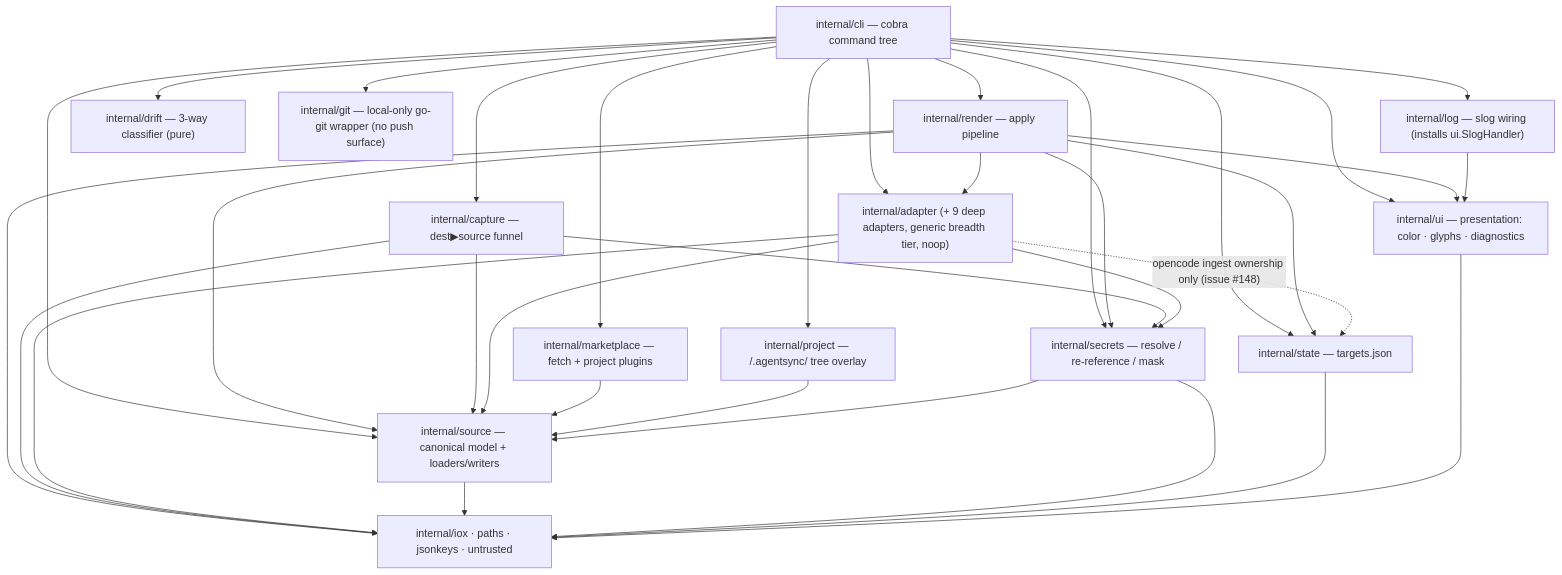
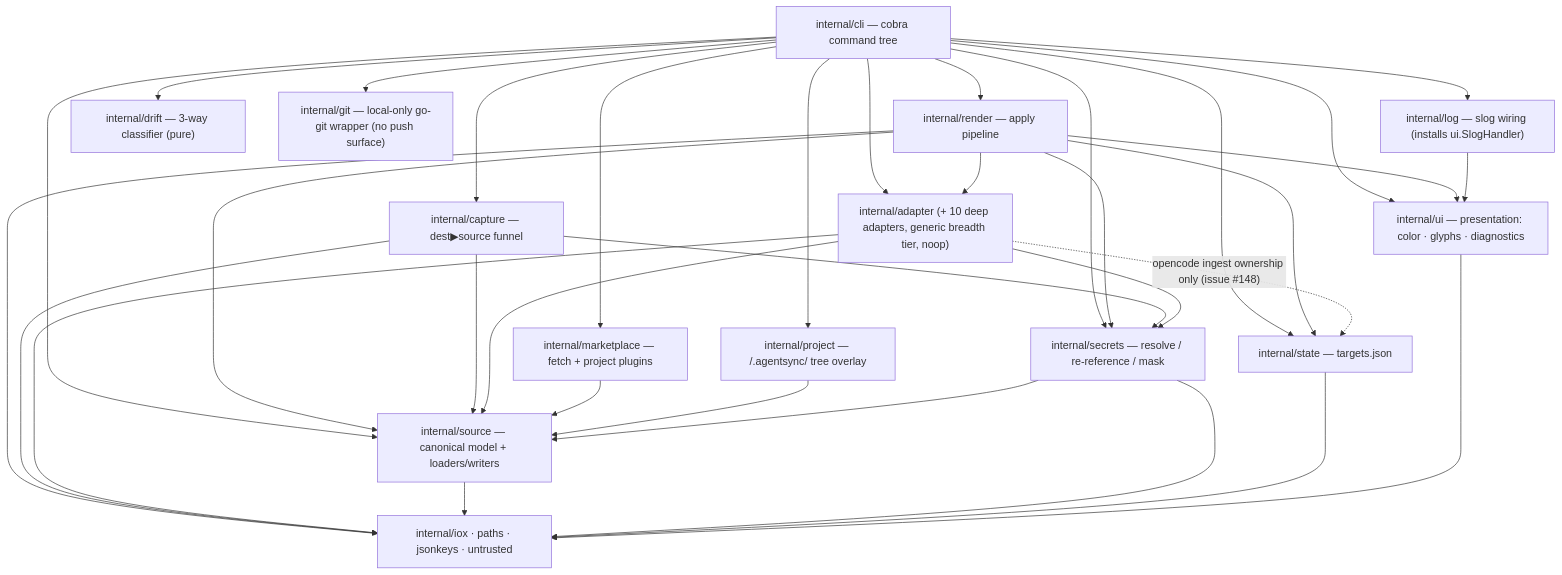
One commit to spxrogers/agentsync changed the fourth of 4 diagrams in docs/architecture.md. Above: the diagram before and after it, drawn with Mermaid. The commit also changed other lines of this file and 33 other files, not shown here.

````diff
--- a/docs/architecture.md
+++ b/docs/architecture.md
@@ -1444,30 +1453,30 @@
 ```mermaid
 flowchart TD
     CLI["internal/cli — cobra command tree"]
     REN["internal/render — apply pipeline"]
     CAP["internal/capture — dest▶source funnel"]
-    AD["internal/adapter (+ 9 deep adapters, generic breadth tier, noop)"]
+    AD["internal/adapter (+ 10 deep adapters, generic breadth tier, noop)"]
     SRC["internal/source — canonical model + loaders/writers"]
     SEC["internal/secrets — resolve / re-reference / mask"]
     MKT["internal/marketplace — fetch + project plugins"]
     PRJ["internal/project — <root>/.agentsync/ tree overlay"]
     DRF["internal/drift — 3-way classifier (pure)"]
     ST["internal/state — targets.json"]
     GIT["internal/git — local-only go-git wrapper (no push surface)"]
     UI["internal/ui — presentation: color · glyphs · diagnostics"]
     LOG["internal/log — slog wiring (installs ui.SlogHandler)"]
     INFRA["internal/iox · paths · jsonkeys · untrusted"]
 
     CLI --> REN & CAP & AD & SRC & SEC & MKT & PRJ & DRF & ST & GIT & UI & LOG
     REN --> AD & SEC & SRC & ST & UI & INFRA
     CAP --> SRC & SEC & INFRA
     AD --> SRC & SEC & INFRA
     AD -. "opencode ingest ownership only (issue #148)" .-> ST
     MKT --> SRC
     PRJ --> SRC
     SRC --> INFRA
     SEC --> SRC & INFRA
     ST --> INFRA
     LOG --> UI
     UI --> INFRA
 ```
````
